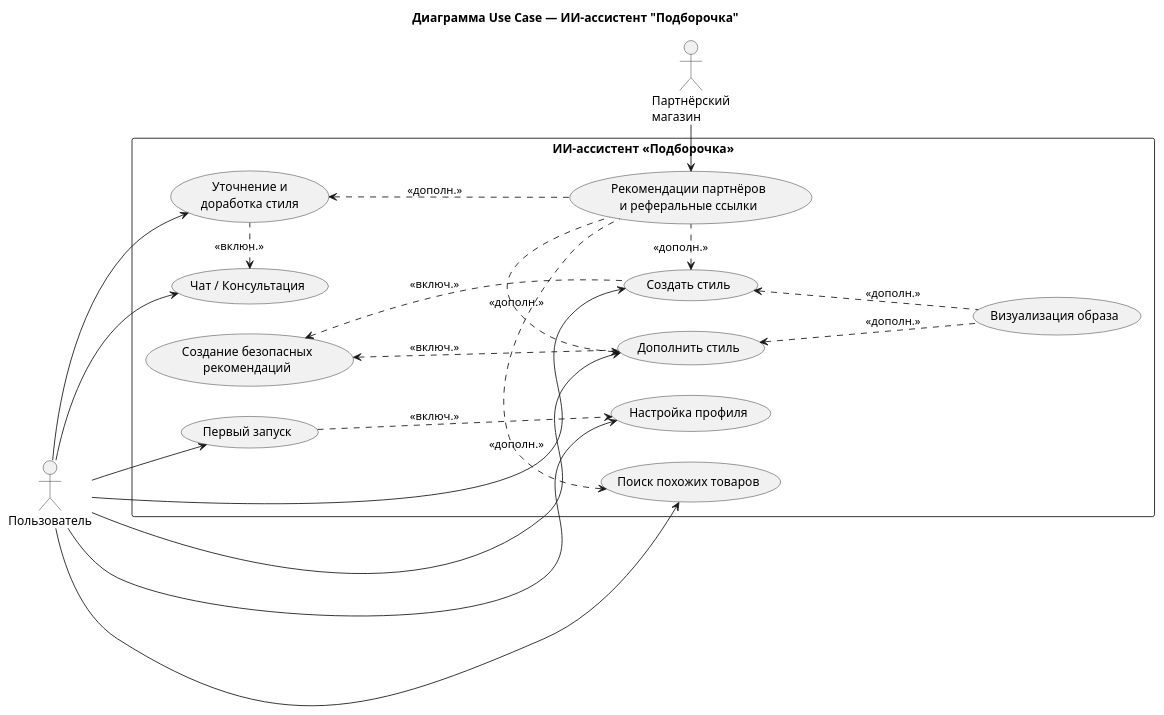
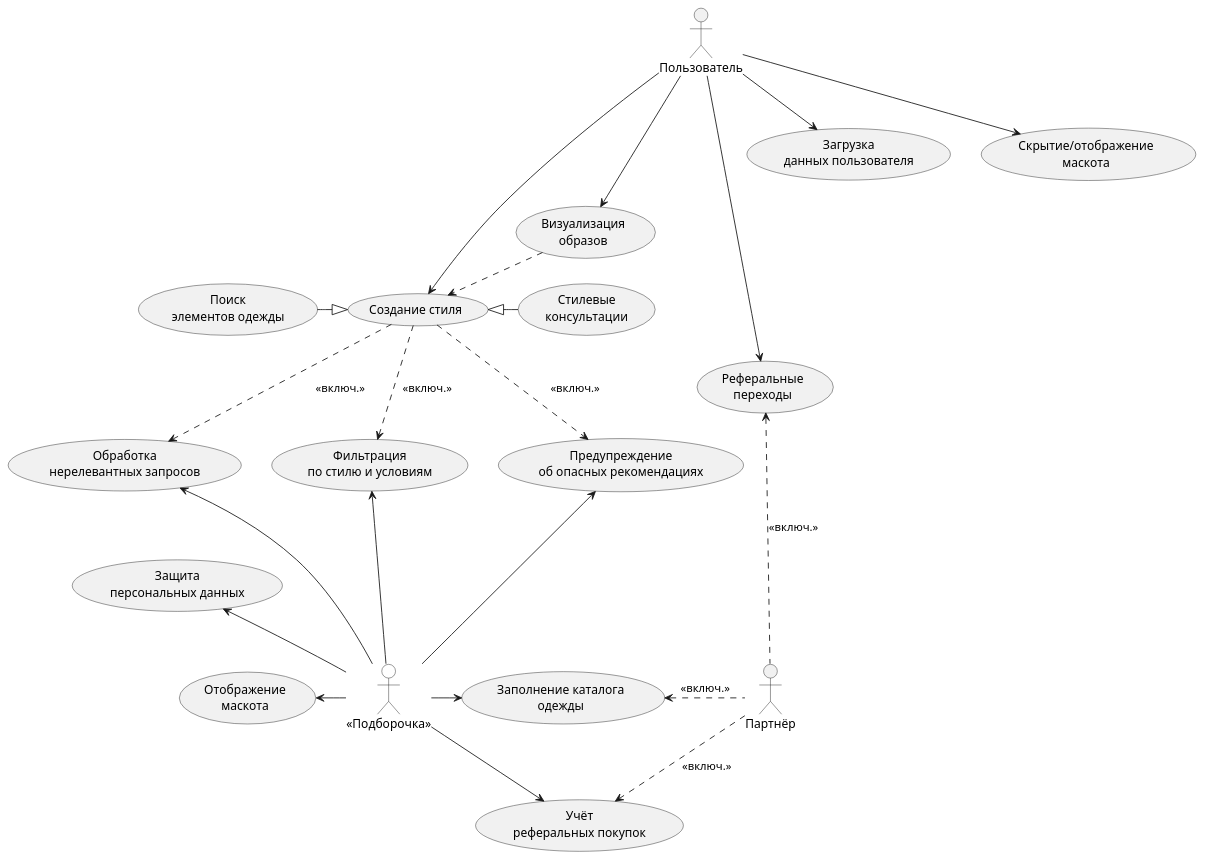
The diagram in diagram_use_case.pu (Podborochka/Docs), drawn with PlantUML before and after one commit. The commit also changed 5 other files, not shown here.

```diff
--- a/diagram_use_case.pu
+++ b/diagram_use_case.pu
@@ -1,64 +1,71 @@
-@startuml
-title Диаграмма Use Case — ИИ-ассистент "Подборочка"
-
-left to right direction
+@startuml "Подборочка"
+'left to right direction
 
 actor "Пользователь" as User
-actor "Партнёрский\nмагазин" as Partner
+actor "Партнёр" as Partner
+actor "«Подборочка»" as System #white
 
-rectangle "ИИ-ассистент «Подборочка»" {
+' --- Блок: Приём и анализ данных ---
+usecase "Загрузка\nданных пользователя" as UC1
+'usecase "Анализ\nизображений" as UC2
+'usecase "Формирование\nстилевого профиля" as UC3
 
-  ' === Блок: Настройка ===
-  usecase "Первый запуск" as UC1
-  usecase "Настройка профиля" as UC2
+' --- Блок: Поиск одежды ---
+usecase "Создание стиля" as UC4
+usecase "Поиск\nэлементов одежды" as UC4_1
+usecase "Фильтрация\nпо стилю и условиям" as UC5
+usecase "Обработка\nнерелевантных запросов" as UC6
+usecase "Заполнение каталога\nодежды" as UC21
 
-  ' === Блок: Генерация и визуализация ===
-  usecase "Создать стиль" as UC3
-  'usecase "Создать стиль\nиз элементов гардероба" as UC4
-  usecase "Дополнить стиль" as UC5
-  usecase "Визуализация образа" as UC13
+' --- Блок: Консультации ---
+usecase "Стилевые\nконсультации" as UC4_2
+usecase "Предупреждение\nоб опасных рекомендациях" as UC9
 
-  ' === Блок: Общение ===
-  usecase "Чат / Консультация" as UC6
-  usecase "Уточнение и\nдоработка стиля" as UC7
+' --- Блок: Визуализация ---
+usecase "Визуализация\nобразов" as UC10
 
-  ' === Блок: Рекомендации ===
-  usecase "Рекомендации партнёров\nи реферальные ссылки" as UC8
-  usecase "Создание безопасных\nрекомендаций" as UC9
-  usecase "Поиск похожих товаров" as UC12
-}
+' --- Маскот ---
+usecase "Отображение\nмаскота" as UC13
+'usecase "Выбор одежды\nмаскота" as UC15
+usecase "Скрытие/отображение\nмаскота" as UC16
 
-' === Основные связи пользователя ===
+' --- Реклама и партнёры ---
+usecase "Реферальные\nпереходы" as UC18
+usecase "Учёт\nреферальных покупок" as UC19
+
+' --- Безопасность ---
+usecase "Защита\nперсональных данных" as UC20
+
+' --------------------------------------
+' Связи акторов с Use Cases
+' --------------------------------------
+
+' Пользователь
 User --> UC1
-User --> UC2
-User ---> UC3
-'User ---> UC4
-User ---> UC5
-User --> UC6
-User --> UC7
-User --> UC12
+User ---> UC4
+UC4 <|- UC4_2
+UC4 <|-l- UC4_1
+User --> UC10
+User --> UC16
+User ---> UC18
 
-' === Взаимосвязи сценариев ===
-UC1 .down..> UC2 : <<включ.>>
+' Партнёр
+Partner .l.> UC21 : <<включ.>>
+Partner .d.> UC19 : <<включ.>>
+Partner .u..> UC18 : <<включ.>>
 
-UC3 <.down.. UC13 : <<дополн.>>
-'UC4 <.down.. UC13 : <<дополн.>>
-UC5 <.down.. UC13 : <<дополн.>>
+' Система (внутренние процессы)
+System -u--> UC5
+System -u--> UC6
+System -u--> UC9
+System -l-> UC13
+System -> UC21
+System -u-> UC20
+System -r-> UC19
 
-UC7 .left..> UC6 : <<включ.>>
-
-UC3 <.right.. UC8 : <<дополн.>>
-'UC4 <.right.. UC8 : <<дополн.>>
-UC5 <.right.. UC8 : <<дополн.>>
-UC12 <.right.. UC8 : <<дополн.>>
-
-UC3 .up..> UC9 : <<включ.>>
-'UC4 .up..> UC9 : <<включ.>>
-UC5 .up..> UC9 : <<включ.>>
-
-UC8 .up..> UC7 : <<дополн.>>
-
-' === Связи с внешними системами ===
-Partner -left-> UC8
+UC4 ..> UC5 : <<включ.>>
+UC4 ..> UC6 : <<включ.>>
+UC4 ..> UC9 : <<включ.>>
+UC10 .r..> UC4 : <<дополн.>>
 
 @enduml
```
